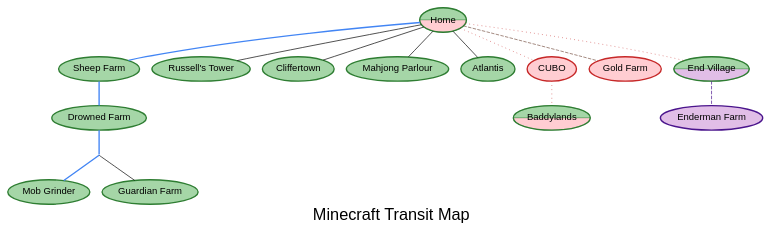
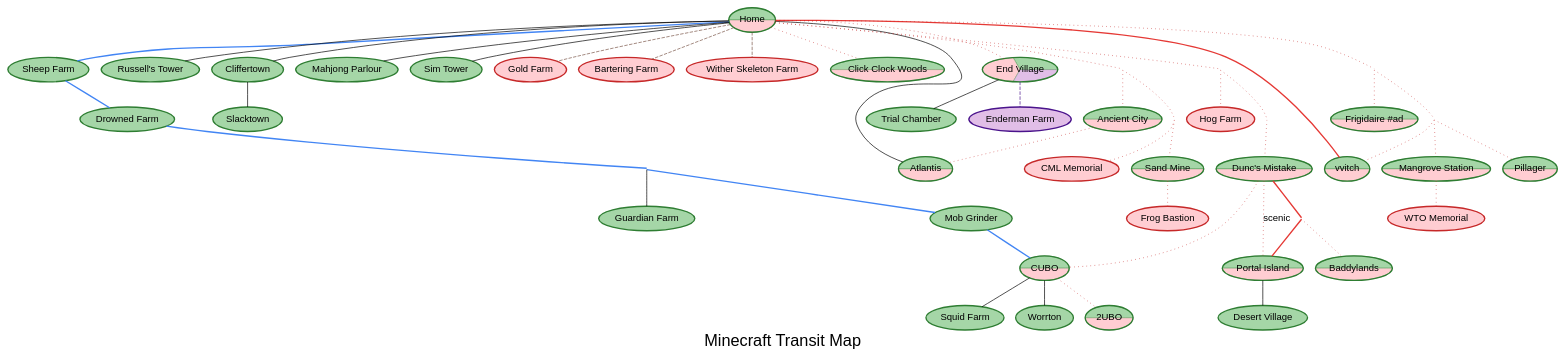
The diagram in map.gv (eatnumber1/minecraft-transit-map), drawn with Graphviz before and after one commit. The commit also changed 2 other files, not shown here.

```diff
--- a/map.gv
+++ b/map.gv
@@ -1,98 +1,152 @@
 digraph MinecraftRailMap {
     // Set global graph, node, and edge attributes for a consistent look
     graph [
         bb="0,0,20,40",
+        overlap="scale",
         bgcolor="white",
         fontname="Helvetica,Arial,sans-serif",
         label="Minecraft Transit Map",
         fontcolor="black",
         fontsize=24
     ];
     node [
         fontname="Helvetica,Arial,sans-serif",
         style=filled,
         fontcolor="black",
         penwidth=2
     ];
     edge [
         fontname="Helvetica,Arial,sans-serif",
         color="black"
     ];
 
     // == OVERWORLD NODES ==
     // Nodes are colored in shades of green to represent the Overworld.
     node [color="#2E7D32", fillcolor="#A5D6A7"];
     Sheep_Farm [label="Sheep Farm"];
     Drowned_Farm [label="Drowned Farm"];
     Mob_Grinder [label="Mob Grinder"];
     Guardian_Farm [label="Guardian Farm"];
     Russells_Tower [label="Russell's Tower"];
     Cliffertown [label="Cliffertown"];
     Mahjong_Parlour [label="Mahjong Parlour"];
-    Atlantis [label="Atlantis"];
+    Desert_Village [label="Desert Village"];
+    Trial_Chamber [label="Trial Chamber"];
+    Slacktown [label="Slacktown"];
+    Sim_Tower [label="Sim Tower"];
+    Squid_Farm [label="Squid Farm"];
+    Worrton [label="Worrton"];
 
     // == NETHER NODES ==
     node [color="#C62828", fillcolor="#FFCDD2"];
-    CUBO [label="CUBO"];
     Gold_Farm [label="Gold Farm"];
+    Bartering_Farm [label="Bartering Farm"];
+    Wither_Skeleton_Farm [label="Wither Skeleton Farm"];
+    Hog_Farm [label="Hog Farm"];
+    CML_Memorial [label="CML Memorial"];
+    Frog [label="Frog Bastion"];
+    WTO_Memorial [label="WTO Memorial"];
 
     // == THE END NODES ==
     node [color="#4A148C", fillcolor="#E1BEE7"];
     Enderman_Farm [label="Enderman Farm"];
 
     // == DUAL-DIMENSION NODES ==
     node [style=wedged, penwidth=2, shape=ellipse];
     Home [label="Home", color="#2E7D32", fillcolor="#A5D6A7:#FFCDD2"];
     Baddylands [label="Baddylands", color="#2E7D32", fillcolor="#A5D6A7:#FFCDD2"];
-    End_Village [label="End Village", color="#2E7D32", fillcolor="#A5D6A7:#E1BEE7"];
+    Portal_Island [label="Portal Island", color="#2E7D32", fillcolor="#A5D6A7:#FFCDD2"];
+    _2UBO [label="2UBO", color="#2E7D32", fillcolor="#A5D6A7:#FFCDD2"];
+    Pale_Oak_Forest [label="Click Clock Woods", color="#2E7D32", fillcolor="#A5D6A7:#FFCDD2"];
+    Atlantis [label="Atlantis", color="#2E7D32", fillcolor="#A5D6A7:#FFCDD2"];
+    CUBO [label="CUBO", color="#2E7D32", fillcolor="#A5D6A7:#FFCDD2"];
+    Sand_Mine [label="Sand Mine", color="#2E7D32", fillcolor="#A5D6A7:#FFCDD2"];
+    Ancient_City [label="Ancient City", color="#2E7D32", fillcolor="#A5D6A7:#FFCDD2"];
+    Duncs_Mistake [label="Dunc's Mistake", color="#2E7D32", fillcolor="#A5D6A7:#FFCDD2"];
+    Frigidaire_ad [label="Frigidaire #ad", color="#2E7D32", fillcolor="#A5D6A7:#FFCDD2"];
+    Pillager [label="Pillager", color="#2E7D32", fillcolor="#A5D6A7:#FFCDD2"];
+    Mangrove_Station [label="Mangrove Station", color="#2E7D32", fillcolor="#A5D6A7:#FFCDD2"];
+    vvitch [label="vvitch", color="#2E7D32", fillcolor="#A5D6A7:#FFCDD2"];
 
-    // Invisible junction node
-    Junction1 [shape=point, width=0, height=0, label=""];
+    // == TRI-DIMENSION NODES ==
+    End_Village [label="End Village", style=wedged, penwidth=2, shape=ellipse, color="#2E7D32", fillcolor="#A5D6A7:#FFCDD2:#E1BEE7"];
 
-    // Invisible nodes to guide layout
+    // Invisible junction nodes
     node [style=invis, shape=point, width=0, height=0, label=""];
-    Rank1; Rank2; Rank3; Rank4;
-    edge [style=invis, len=2];
-    Rank1 -> Rank2 -> Rank3 -> Rank4;
+    Junction1;
+    Junction2;
+    Junction3;
+    Junction4;
+    Junction5;
+    Junction6;
+    Junction7;
+    Junction8;
 
     // == EDGES / RAIL CONNECTIONS ==
     // Main railroad line
     edge [dir=none, style=bold, color="#4285F4"];
-    Home -> Sheep_Farm [len=1];
-    Sheep_Farm -> Drowned_Farm [len=2];
-    Drowned_Farm -> Junction1 [len=2];
-    Junction1 -> Mob_Grinder [len=3];
-
-    // Invisible edges to guide layout
-    edge [style=invis, len=0.01];
-    {rank=same; Home; Rank1;}
-    {rank=same; Sheep_Farm; Rank2;}
-    {rank=same; Drowned_Farm; Rank3;}
-    {rank=same; Mob_Grinder; Rank4;}
-    {rank=same; Guardian_Farm; Rank4;}
+    Home -> Sheep_Farm;
+    Sheep_Farm -> Drowned_Farm;
+    Drowned_Farm -> Junction1;
+    Junction1 -> Mob_Grinder;
+    Mob_Grinder -> CUBO;
 
     // Spur lines
     edge [dir=none, style="", color="black"];
-    Junction1 -> Guardian_Farm [len=3];
-    Home -> Russells_Tower [len=1];
-    Home -> Cliffertown [len=1];
-    Home -> Mahjong_Parlour [len=1];
-    Home -> Atlantis [len=10];
+    Junction1 -> Guardian_Farm;
+    Home -> Russells_Tower;
+    Home -> Cliffertown;
+    Cliffertown -> Slacktown;
+    Home -> Mahjong_Parlour;
+    Home -> Sim_Tower;
+    Portal_Island -> Desert_Village;
+    End_Village -> Trial_Chamber;
+    Home -> Atlantis; // New Overworld route
+    CUBO -> Squid_Farm;
+    CUBO -> Worrton;
 
-    // Nether rail
+    // Nether rail (connects directly to Home)
     edge [dir=none, style=dotted, color="#C62828"];
-    Home -> CUBO [len=1];
-    CUBO -> Baddylands [len=2];
-    Home -> End_Village [len=3];
+    Home -> Junction2;
+    Junction2 -> Hog_Farm;
+    Junction2 -> Junction5;
+    Junction5 -> Duncs_Mistake;
+    Duncs_Mistake -> Portal_Island [label="scenic"]; // Local line
+    Duncs_Mistake -> CUBO;
+    CUBO -> _2UBO;
+    Home -> End_Village;
+    Home -> Pale_Oak_Forest;
+    Home -> Junction3;
+    Junction3 -> Ancient_City;
+    Ancient_City -> Atlantis; // Existing Nether route
+    Junction3 -> Junction4;
+    Junction4 -> CML_Memorial;
+    Junction4 -> Sand_Mine;
+    Sand_Mine -> Frog;
+    Junction6 -> Baddylands;
+    Home -> Junction7;
+    Junction7 -> Frigidaire_ad;
+    Junction7 -> Junction8;
+    Junction8 -> vvitch;
+    Junction8 -> Mangrove_Station;
+    Mangrove_Station -> WTO_Memorial;
+    Junction8 -> Pillager;
 
-    // End rail
+    // Nether Express Rail
+    edge [dir=none, style=bold, color="#E53935"];
+    Duncs_Mistake -> Junction6 -> Portal_Island; // Express line
+    Home -> vvitch;
+
+    // End rail (connects directly to End Village)
     edge [dir=none, style=dashed, color="#4A148C"];
-    End_Village -> Enderman_Farm [len=2];
+    End_Village -> Enderman_Farm;
 
-    // Footpath
+    // Footpath (connects directly to Home)
     edge [dir=none, style=dashed, color="#795548"];
-    Home -> Gold_Farm [len=1];
+    Home -> Gold_Farm;
+    Home -> Bartering_Farm;
+    Home -> Wither_Skeleton_Farm;
 
 
     
 }
```
